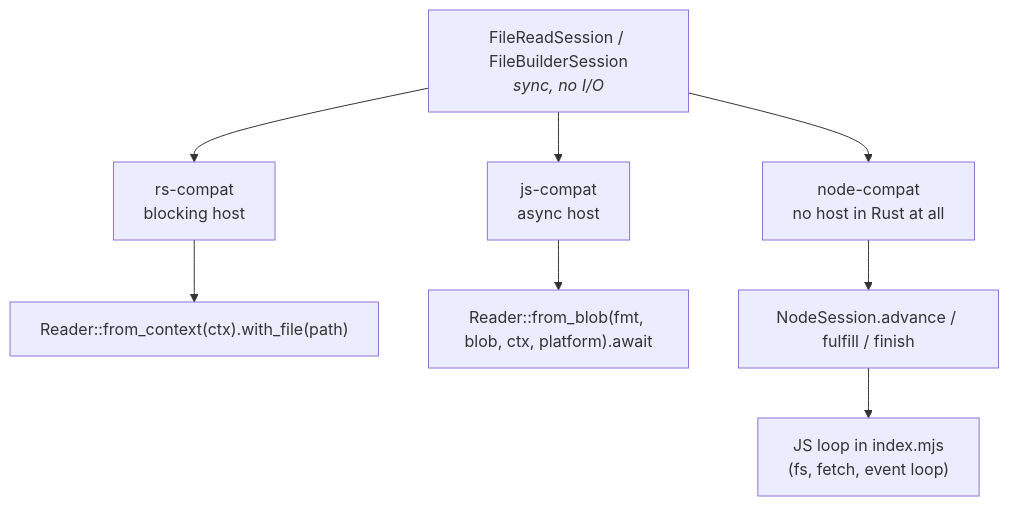
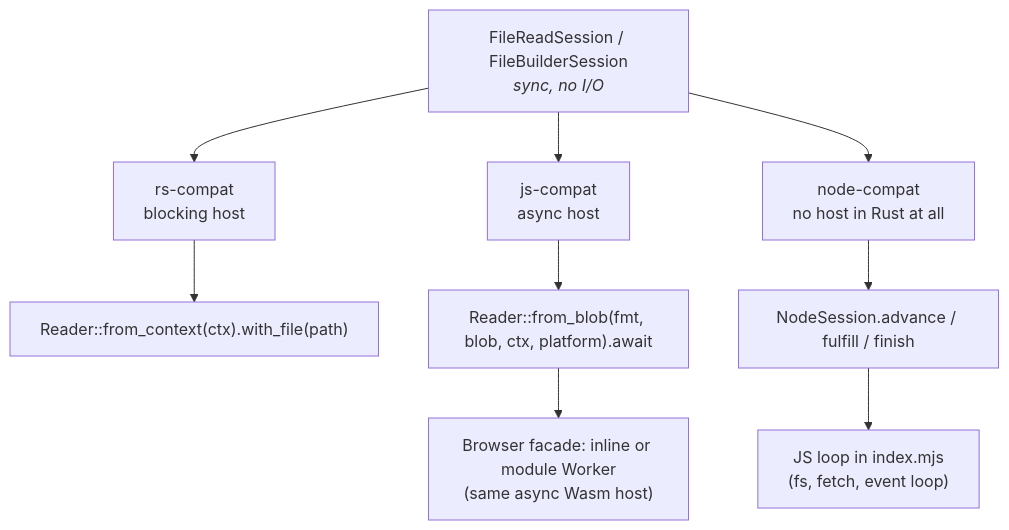
Before and after one commit to scouten/state-machine-experiment: the first of 2 diagrams in docs/walkthrough/06-bindings.md, drawn with Mermaid. The commit also changed other lines of this file and 77 other files, not shown here.

````diff
--- a/docs/walkthrough/06-bindings.md
+++ b/docs/walkthrough/06-bindings.md
@@ -7,11 +7,12 @@
 ```mermaid
 flowchart TB
     E["FileReadSession / FileBuilderSession<br/><i>sync, no I/O</i>"]
     E --> R["rs-compat<br/>blocking host"]
     E --> J["js-compat<br/>async host"]
     E --> N["node-compat<br/>no host in Rust at all"]
     R --> R1["Reader::from_context(ctx).with_file(path)"]
     J --> J1["Reader::from_blob(fmt, blob, ctx, platform).await"]
+    J1 --> J2["Browser facade: inline or module Worker<br/>(same async Wasm host)"]
     N --> N1["NodeSession.advance / fulfill / finish"]
     N1 --> N2["JS loop in index.mjs<br/>(fs, fetch, event loop)"]
 ```
````
